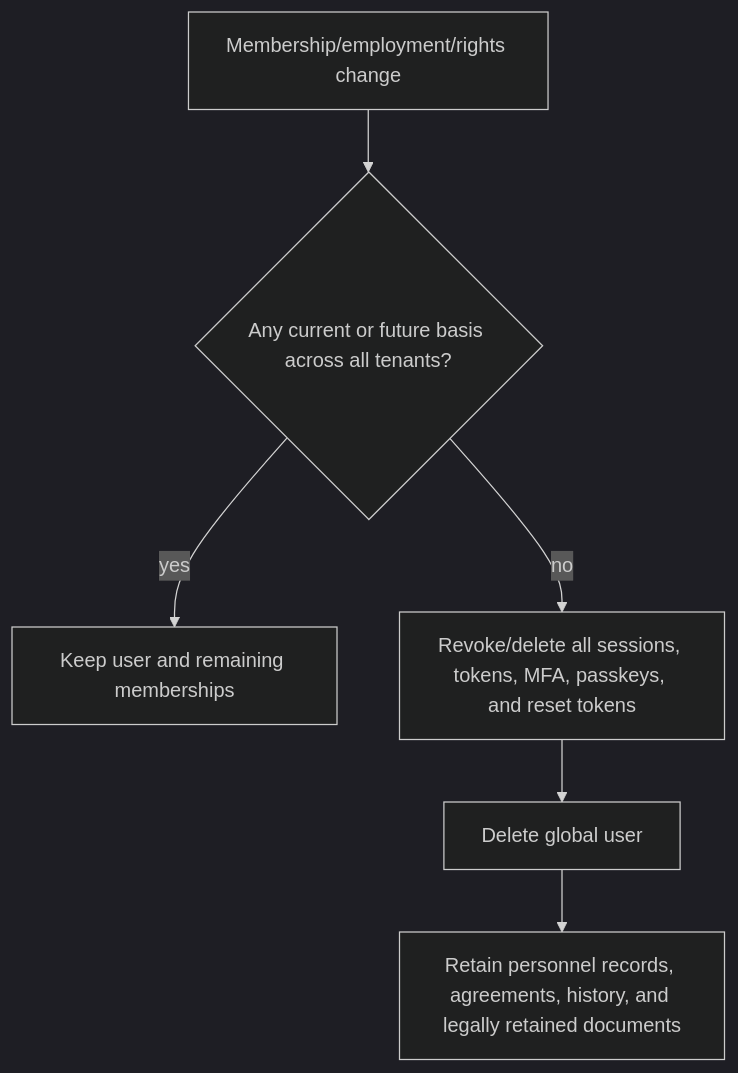
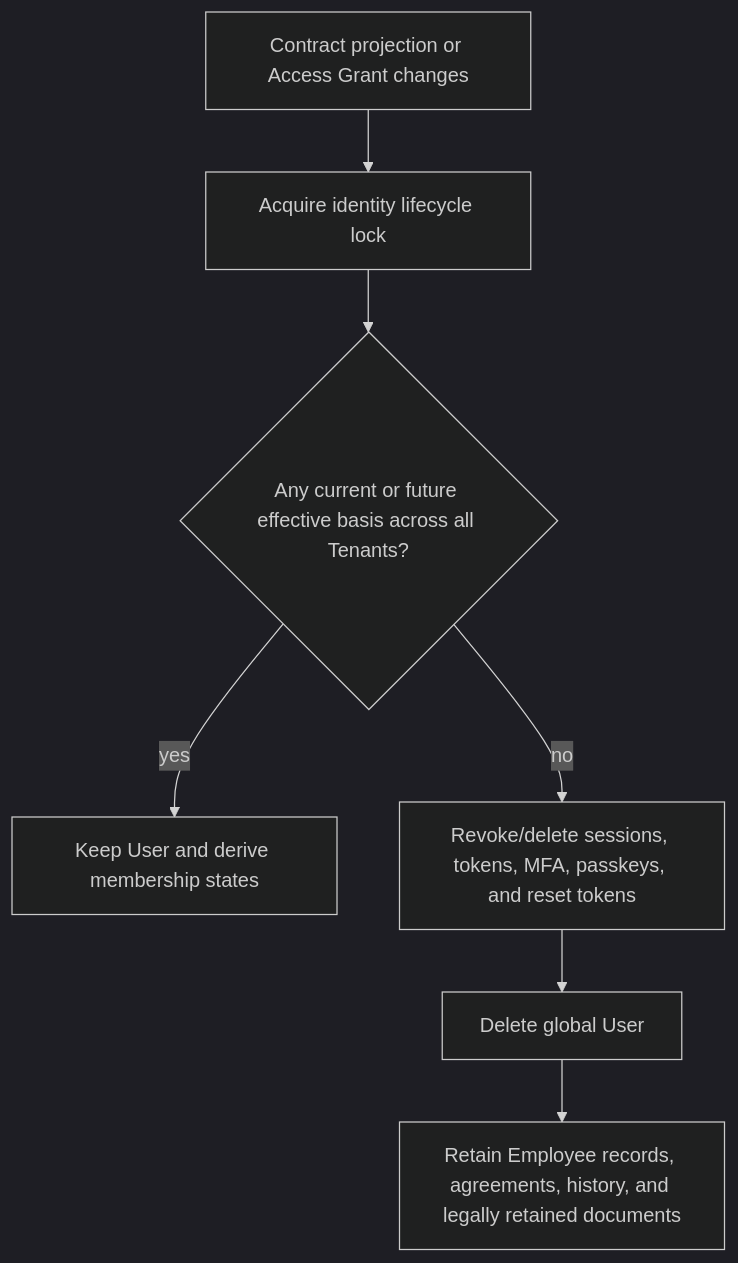
Before and after one commit to SecPal/api: the fourth of 4 diagrams in docs/architecture/ADR-tenant-identity-access-model.md, drawn with Mermaid (dark theme). The commit also changed other lines of this file, not shown here.

Commit message:
docs: consolidate tenant identity ADR

````diff
--- a/docs/architecture/ADR-tenant-identity-access-model.md
+++ b/docs/architecture/ADR-tenant-identity-access-model.md
@@ -210,8 +331,9 @@
 ```mermaid
 flowchart TD
-  A[Membership/employment/rights change] --> B{Any current or future basis across all tenants?}
-  B -- yes --> C[Keep user and remaining memberships]
-  B -- no --> D[Revoke/delete all sessions, tokens, MFA, passkeys, and reset tokens]
-  D --> E[Delete global user]
-  E --> F[Retain personnel records, agreements, history, and legally retained documents]
+  A[Contract projection or Access Grant changes] --> B[Acquire identity lifecycle lock]
+  B --> C{Any current or future effective basis across all Tenants?}
+  C -- yes --> D[Keep User and derive membership states]
+  C -- no --> E[Revoke/delete sessions, tokens, MFA, passkeys, and reset tokens]
+  E --> F[Delete global User]
+  F --> G[Retain Employee records, agreements, history, and legally retained documents]
 ```
````
